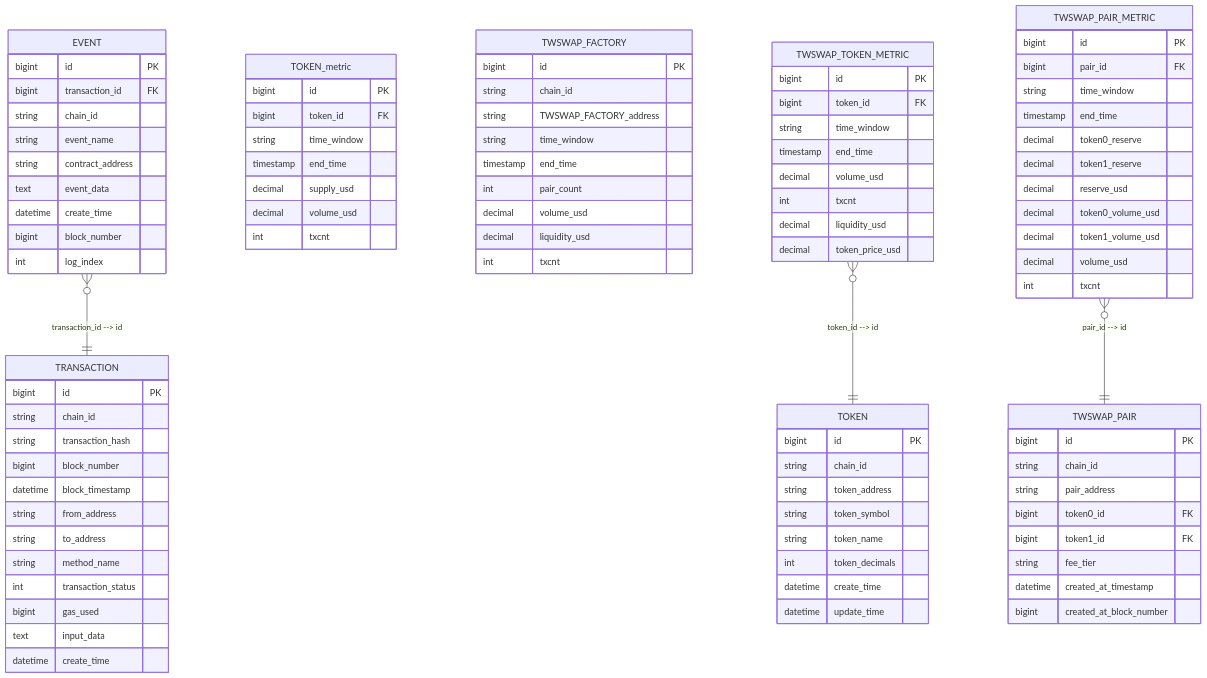
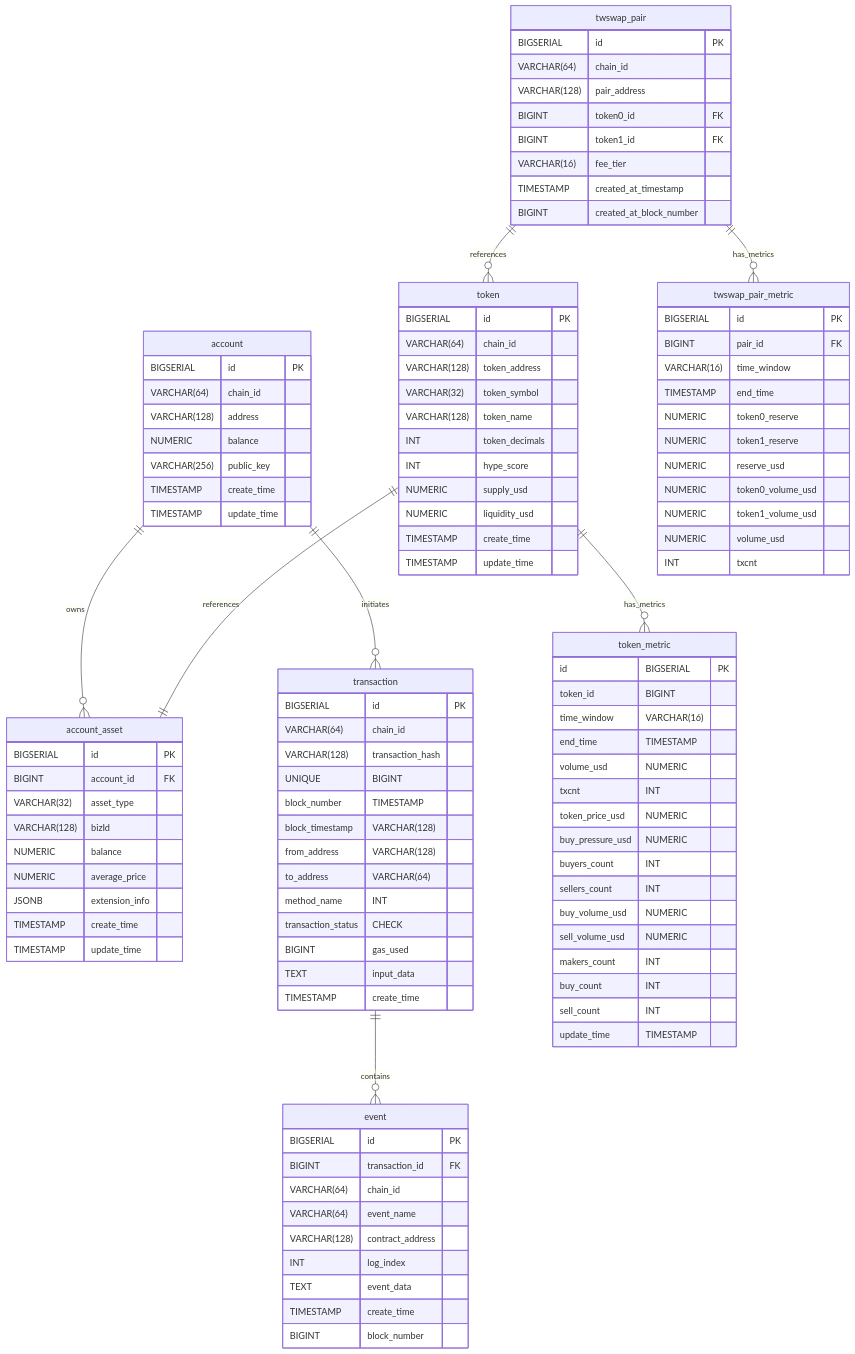
Before and after one commit to sjtutwilight/Twilight: the second of 8 diagrams in design/README.md, drawn with Mermaid. The commit also changed other lines of this file and 105 other files, not shown here.

````diff
--- a/design/README.md
+++ b/design/README.md
@@ -104,120 +38,113 @@
 ```mermaid
 erDiagram
-TRANSACTION {
-        bigint id PK
-        string chain_id
-        string transaction_hash
-        bigint block_number
-        datetime block_timestamp
-        string from_address
-        string to_address
-        string method_name
-        int    transaction_status
-        bigint gas_used
-        text   input_data
-        datetime create_time
-        %% UNIQUE(chain_id, transaction_hash)
+account ||--o{ account_asset : owns
+    account ||--o{ transaction : initiates
+    transaction ||--o{ event : contains
+    token ||--|| account_asset : references
+    token ||--o{ token_metric  : has_metrics
+    twswap_pair ||--o{ token  : references
+    twswap_pair ||--o{ twswap_pair_metric  : has_metrics
+    account {
+        BIGSERIAL id PK
+        VARCHAR(64) chain_id
+        VARCHAR(128) address 
+        NUMERIC balance
+        VARCHAR(256) public_key
+        TIMESTAMP create_time
+        TIMESTAMP update_time
+    } 
+    account_asset{
+        BIGSERIAL id PK
+        BIGINT account_id FK
+        VARCHAR(32) asset_type
+        VARCHAR(128) bizId
+        NUMERIC balance
+        NUMERIC average_price 
+        JSONB extension_info
+        TIMESTAMP create_time
+        TIMESTAMP update_time
     }
 
-    EVENT {
-        bigint id PK
-        bigint transaction_id FK
-        string chain_id
-        %% 是否应该加入topic,几个字段？
-        string event_name
-        string contract_address
-        text   event_data
-        datetime create_time
-        bigint block_number
-        int    log_index
+    transaction {
+        BIGSERIAL id PK
+        VARCHAR(64) chain_id
+        VARCHAR(128) transaction_hash UNIQUE
+        BIGINT block_number
+        TIMESTAMP block_timestamp
+        VARCHAR(128) from_address
+        VARCHAR(128) to_address
+        VARCHAR(64) method_name
+        INT transaction_status CHECK
+        BIGINT gas_used
+        TEXT input_data
+        TIMESTAMP create_time
     }
 
-    TOKEN {
-        bigint id PK
-        string chain_id
-        string token_address
-        string token_symbol
-        string token_name
-        int    token_decimals
-        datetime create_time
-        datetime update_time
-        %% UNIQUE(chain_id, token_address)
-    }
-    TOKEN_metric {
-        bigint id PK
-        bigint token_id FK
-        string time_window 
-        %% 30s/5min/30min/1h/total
-        timestamp end_time 
-        %% window endtime
-        decimal supply_usd
-        decimal volume_usd
-        int txcnt 
-        %%transaction_count
-        
+    event {
+        BIGSERIAL id PK
+        BIGINT transaction_id FK
+        VARCHAR(64) chain_id
+        VARCHAR(64) event_name
+        VARCHAR(128) contract_address
+        INT log_index
+        TEXT event_data
+        TIMESTAMP create_time
+        BIGINT block_number
     }
 
-    TWSWAP_FACTORY {
-        bigint id PK
-        string chain_id
-        string TWSWAP_FACTORY_address
-        string time_window
-         %% 30s/5min/30min/1h/total
-        timestamp end_time
-         %%window endtime
-        int    pair_count
-        decimal volume_usd
-        decimal liquidity_usd
-        int    txcnt
-        %% UNIQUE(chain_id, factory_address)
+    token {
+        BIGSERIAL id PK
+        VARCHAR(64) chain_id
+        VARCHAR(128) token_address
+        VARCHAR(32) token_symbol
+        VARCHAR(128) token_name
+        INT token_decimals
+        INT hype_score
+        NUMERIC supply_usd
+        NUMERIC liquidity_usd
+        TIMESTAMP create_time
+        TIMESTAMP update_time
+    }
+    token_metric {
+  id                  BIGSERIAL PK
+  token_id            BIGINT 
+  time_window         VARCHAR(16)
+  end_time            TIMESTAMP
+  volume_usd          NUMERIC
+  txcnt               INT             
+  token_price_usd     NUMERIC
+  buy_pressure_usd    NUMERIC
+  buyers_count        INT
+  sellers_count       INT
+  buy_volume_usd      NUMERIC
+  sell_volume_usd     NUMERIC
+  makers_count        INT
+  buy_count           INT
+  sell_count          INT
+  update_time         TIMESTAMP
+    }
+    twswap_pair {
+        BIGSERIAL id PK
+        VARCHAR(64) chain_id
+        VARCHAR(128) pair_address 
+        BIGINT token0_id FK
+        BIGINT token1_id FK
+        VARCHAR(16) fee_tier
+        TIMESTAMP created_at_timestamp
+        BIGINT created_at_block_number
     }
 
-    TWSWAP_TOKEN_METRIC {
-        bigint id PK
-        bigint token_id FK
-        string time_window
-        timestamp end_time 
-        decimal volume_usd
-        int    txcnt
-        decimal liquidity_usd
-        decimal token_price_usd
-        %%  UNIQUE(token_id, metric_type, start_time)
+    twswap_pair_metric {
+        BIGSERIAL id PK
+        BIGINT pair_id FK
+        VARCHAR(16) time_window
+        TIMESTAMP end_time
+        NUMERIC token0_reserve
+        NUMERIC token1_reserve
+        NUMERIC reserve_usd
+        NUMERIC token0_volume_usd
+        NUMERIC token1_volume_usd
+        NUMERIC volume_usd
+        INT txcnt
     }
-
-    
-TWSWAP_PAIR {
-        bigint id PK
-        string chain_id
-        string pair_address
-        bigint token0_id FK
-        bigint token1_id FK
-        string fee_tier
-        %% 目前默认 0.3%
-        datetime created_at_timestamp
-        bigint created_at_block_number
-        %% UNIQUE(chain_id, pair_address,fee_tier)
-    }
-
-    TWSWAP_PAIR_METRIC {
-        bigint id PK
-        bigint pair_id FK
-        string time_window 
-        %% metric聚合时间窗口，目前分类为20s,1min,5min,30min
-        timestamp end_time 
-        %%窗口截止时间
-        decimal token0_reserve
-        decimal token1_reserve
-        decimal reserve_usd
-        %% TVL
-        decimal token0_volume_usd
-        decimal token1_volume_usd
-        decimal volume_usd
-        int    txcnt
-        %% UNIQUE(pair_id, time_window, end_time)
-    }
-        %% Relations
-    EVENT }o--|| TRANSACTION : "transaction_id --> id"
-    TWSWAP_TOKEN_METRIC }o--|| TOKEN : "token_id --> id"
-    TWSWAP_PAIR_METRIC }o--|| TWSWAP_PAIR : "pair_id --> id"
-
 ```
````
